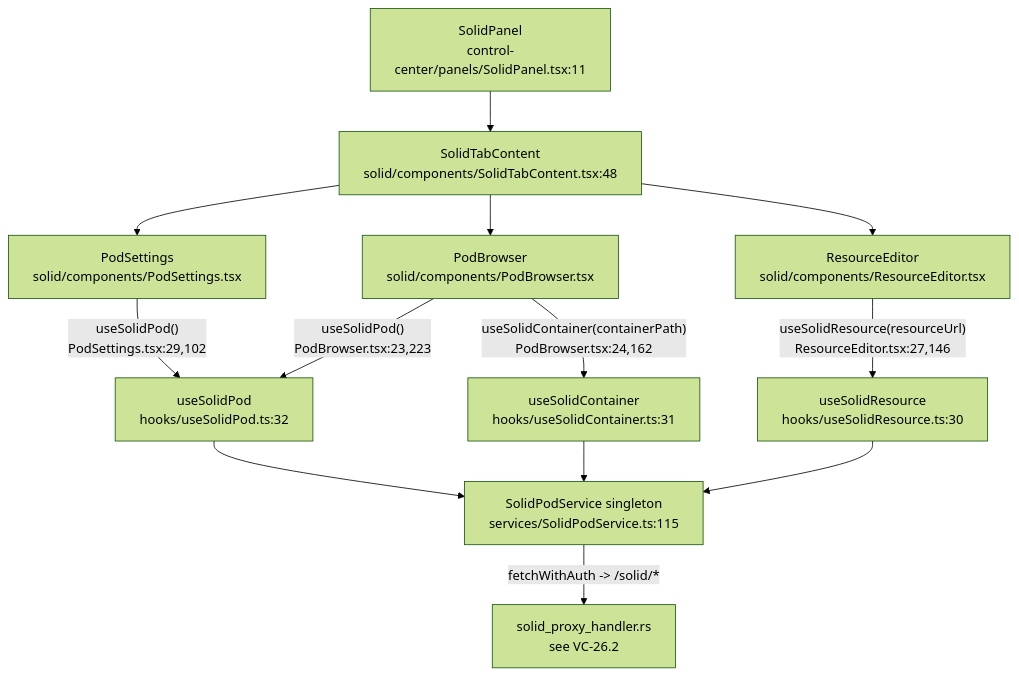
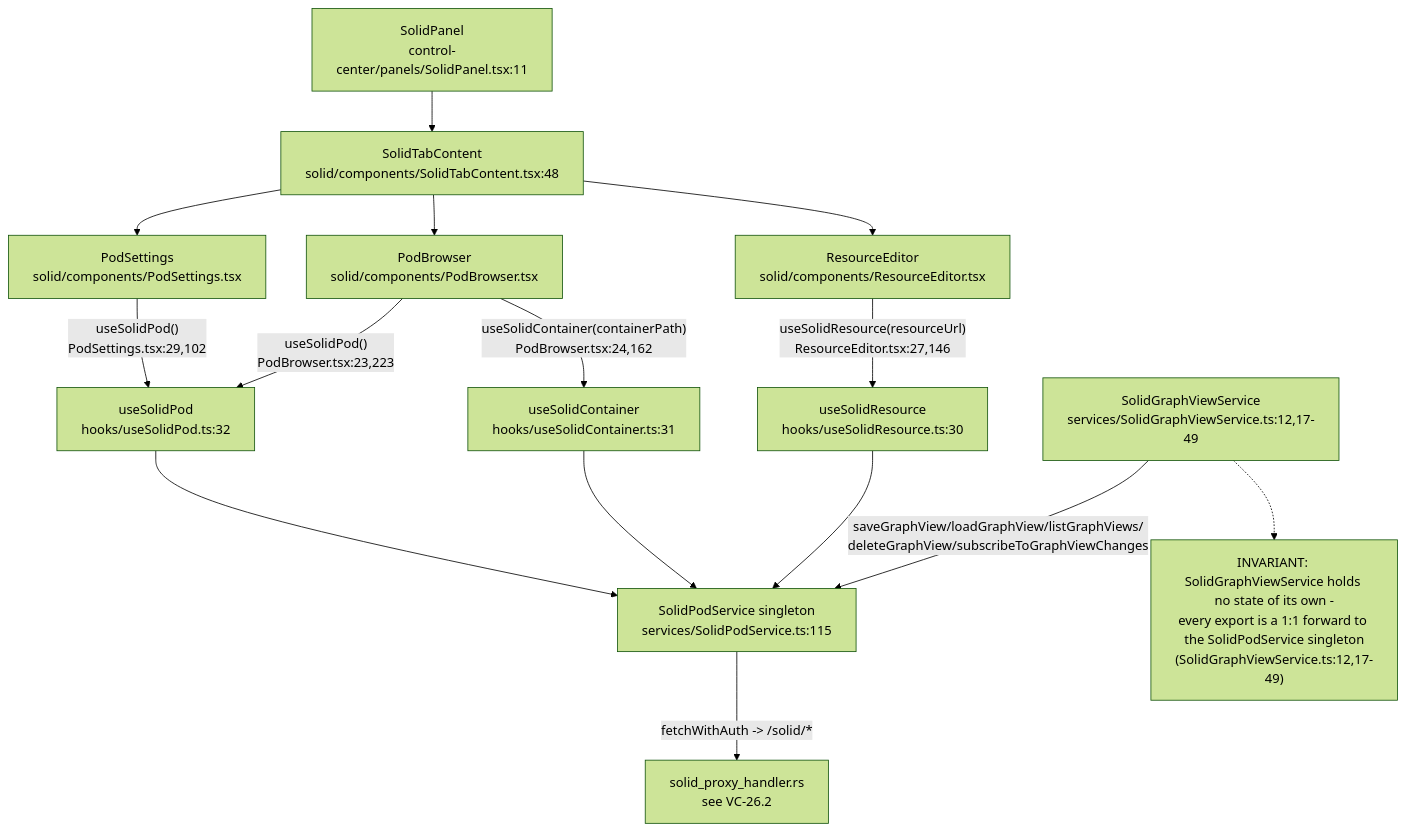
Before and after one commit to DreamLab-AI/VisionFlow: diagram 11 of 13 in docs/diagrams/visionclaw/26-solid-pod-and-jss.md, drawn with Mermaid (forest theme). The commit also changed other lines of this file and 136 other files, not shown here.

First line of the commit message:
docs(diagrams): refresh the whole corpus to code HEAD and prune low-value diagrams

````diff
--- a/docs/diagrams/visionclaw/26-solid-pod-and-jss.md
+++ b/docs/diagrams/visionclaw/26-solid-pod-and-jss.md
@@ -473,30 +450,35 @@
 ```mermaid
 flowchart TB
     Panel["SolidPanel<br/>control-center/panels/SolidPanel.tsx:11"]
     Tab["SolidTabContent<br/>solid/components/SolidTabContent.tsx:48"]
     Settings["PodSettings<br/>solid/components/PodSettings.tsx"]
     Browser["PodBrowser<br/>solid/components/PodBrowser.tsx"]
     Editor["ResourceEditor<br/>solid/components/ResourceEditor.tsx"]
 
     HPod["useSolidPod<br/>hooks/useSolidPod.ts:32"]
     HCont["useSolidContainer<br/>hooks/useSolidContainer.ts:31"]
     HRes["useSolidResource<br/>hooks/useSolidResource.ts:30"]
 
     Svc["SolidPodService singleton<br/>services/SolidPodService.ts:115"]
+    GVFacade["SolidGraphViewService<br/>services/SolidGraphViewService.ts:12,17-49"]
 
     Panel --> Tab
     Tab --> Settings
     Tab --> Browser
     Tab --> Editor
 
     Settings -->|"useSolidPod()<br/>PodSettings.tsx:29,102"| HPod
     Browser -->|"useSolidPod()<br/>PodBrowser.tsx:23,223"| HPod
     Browser -->|"useSolidContainer(containerPath)<br/>PodBrowser.tsx:24,162"| HCont
     Editor -->|"useSolidResource(resourceUrl)<br/>ResourceEditor.tsx:27,146"| HRes
 
     HPod --> Svc
     HCont --> Svc
     HRes --> Svc
 
     Svc -->|"fetchWithAuth -> /solid/*"| Proxy["solid_proxy_handler.rs<br/>see VC-26.2"]
+
+    GVFacade -->|"saveGraphView/loadGraphView/listGraphViews/<br/>deleteGraphView/subscribeToGraphViewChanges"| Svc
+    NoteGV["INVARIANT: SolidGraphViewService holds no state of its own -<br/>every export is a 1:1 forward to the SolidPodService singleton<br/>(SolidGraphViewService.ts:12,17-49)"]
+    GVFacade -.-> NoteGV
 ```
````
